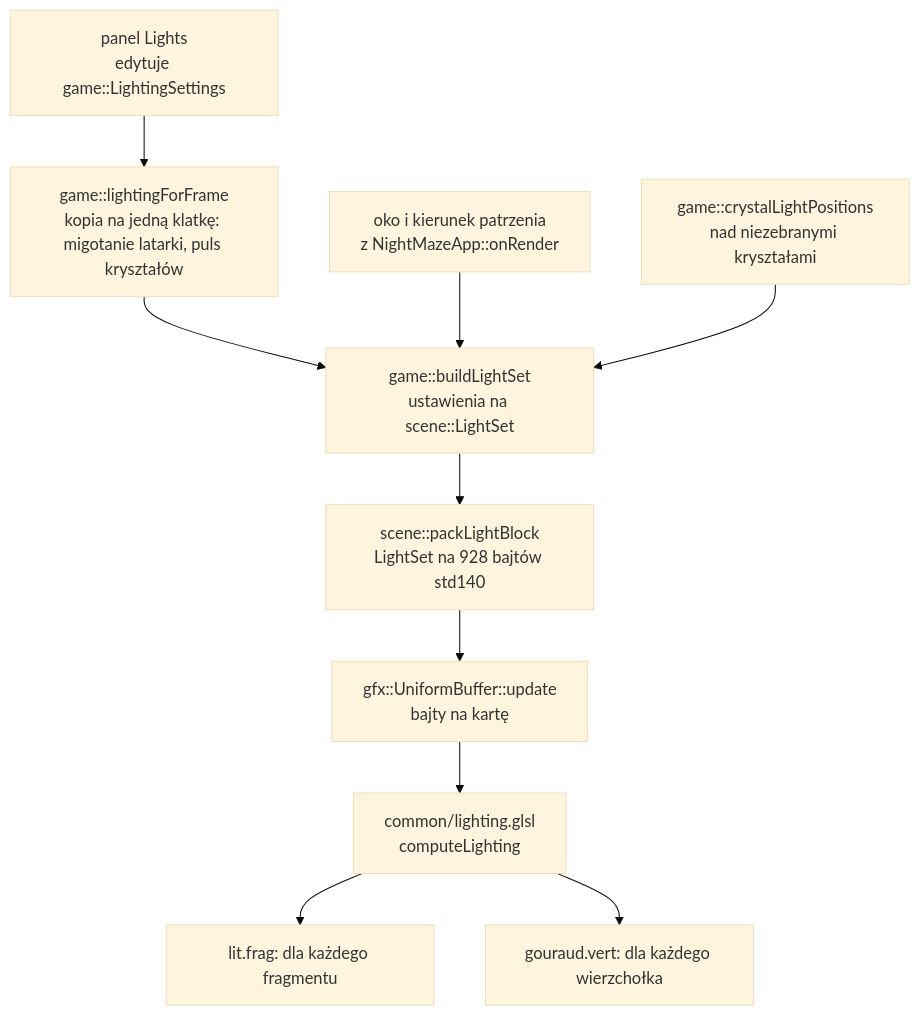
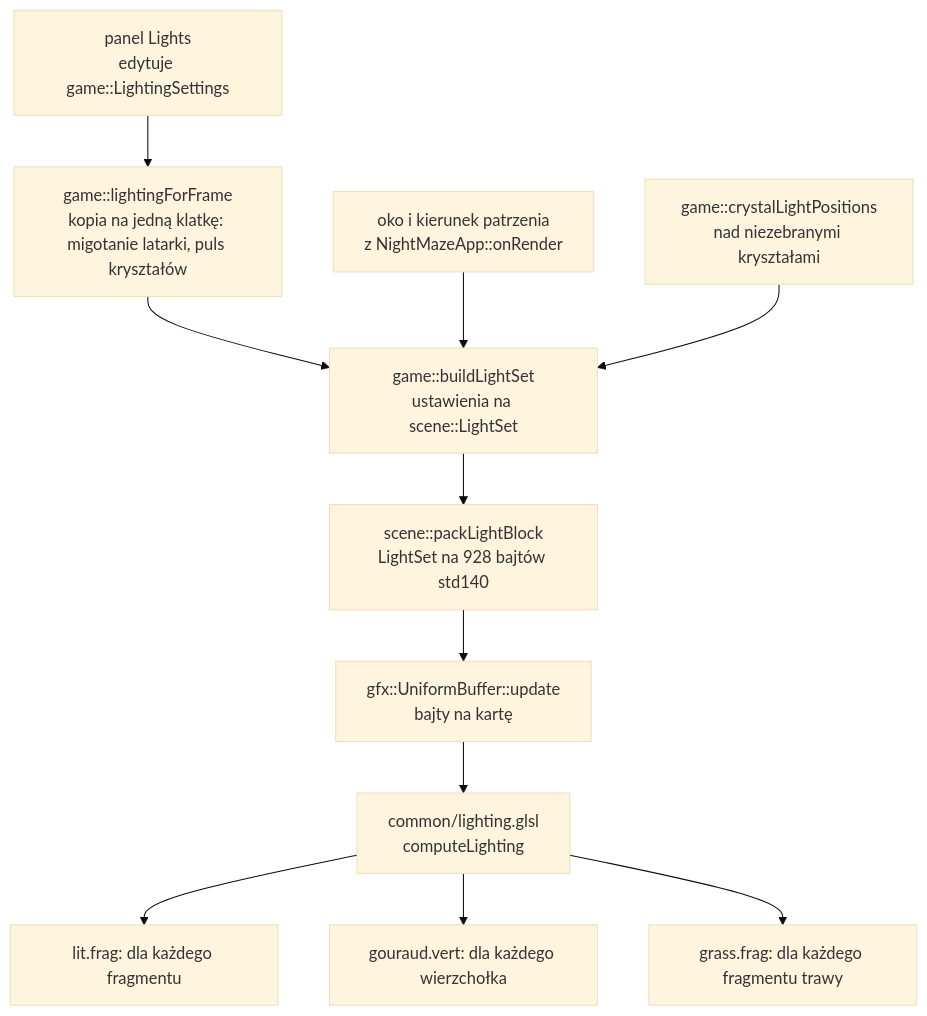
Before and after one commit to Shironex/night-maze: the second of 2 diagrams in docs/modules/scene/lights.md, drawn with Mermaid (base theme). The commit also changed other lines of this file and 90 other files, not shown here.

````diff
--- a/docs/modules/scene/lights.md
+++ b/docs/modules/scene/lights.md
@@ -654,12 +754,13 @@
 ```mermaid
 flowchart TD
     Panel["panel Lights<br>edytuje game::LightingSettings"] --> Frame
     Frame["game::lightingForFrame<br>kopia na jedną klatkę: migotanie latarki, puls kryształów"] --> Build
     Eye["oko i kierunek patrzenia<br>z NightMazeApp::onRender"] --> Build
     Crystals["game::crystalLightPositions<br>nad niezebranymi kryształami"] --> Build
     Build["game::buildLightSet<br>ustawienia na scene::LightSet"] --> Pack
     Pack["scene::packLightBlock<br>LightSet na 928 bajtów std140"] --> Ubo
     Ubo["gfx::UniformBuffer::update<br>bajty na kartę"] --> Glsl
     Glsl["common/lighting.glsl<br>computeLighting"] --> Frag["lit.frag: dla każdego fragmentu"]
     Glsl --> Vert["gouraud.vert: dla każdego wierzchołka"]
+    Glsl --> Grass["grass.frag: dla każdego fragmentu trawy"]
 ```
````
